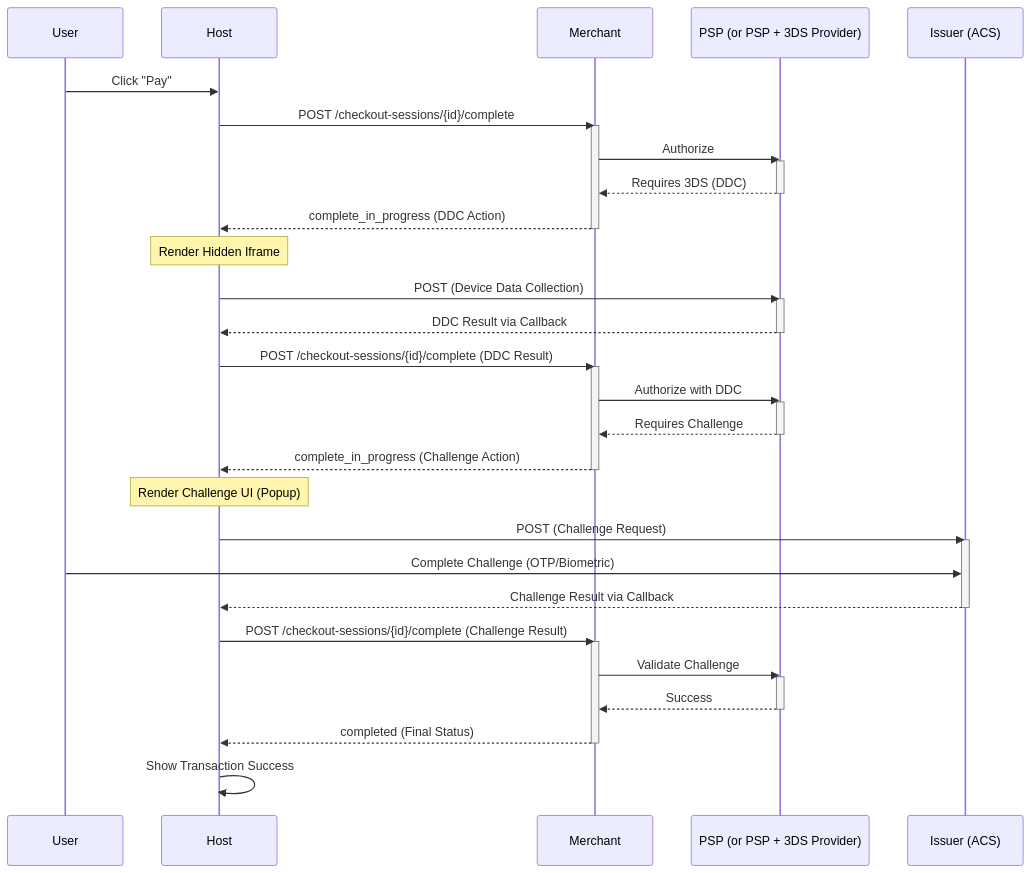
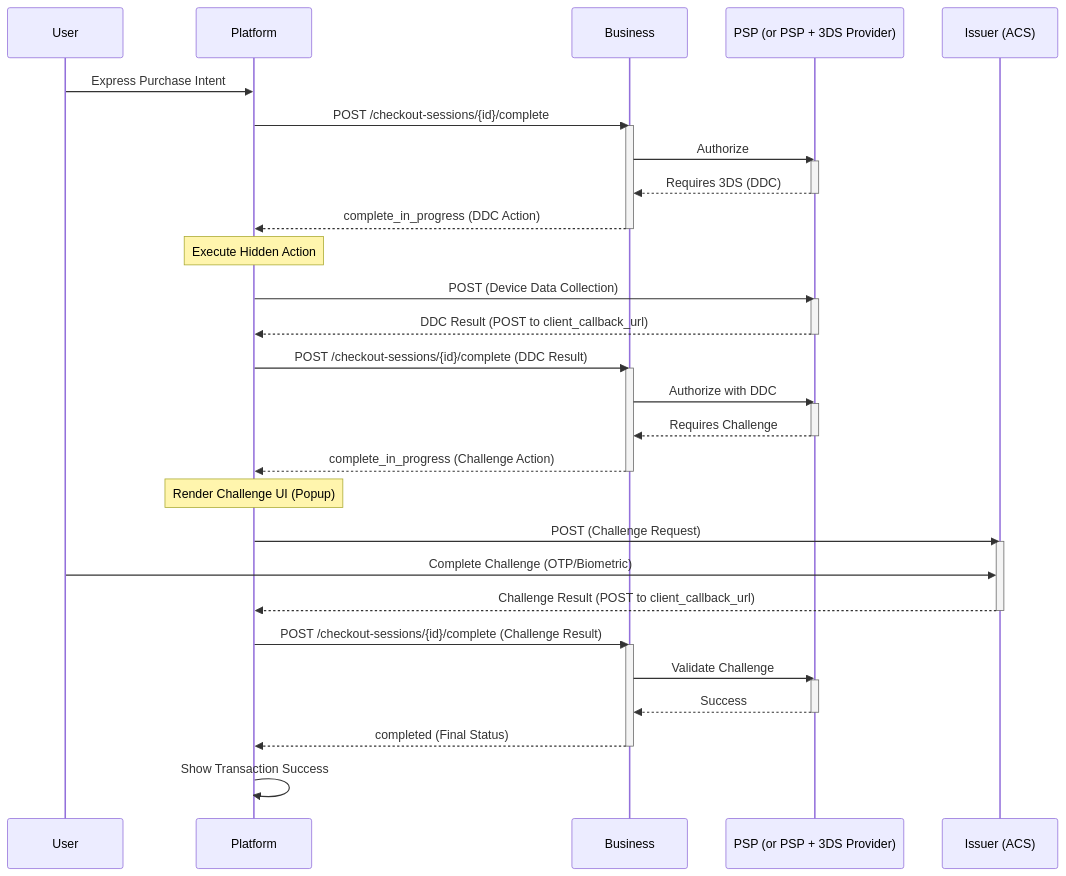
One commit to Universal-Commerce-Protocol/ucp changed the diagram in docs/specification/checkout-3ds2-guide.md. Above: the diagram before and after it, drawn with Mermaid. The commit also changed other lines of this file and 5 other files, not shown here.

Commit message:
feat(3ds2): update schemas and guide per review comments on PR #421

````diff
--- a/docs/specification/checkout-3ds2-guide.md
+++ b/docs/specification/checkout-3ds2-guide.md
@@ -18,50 +18,50 @@
 ```mermaid
 sequenceDiagram
     participant User
-    participant Host
-    participant Merchant
+    participant Platform
+    participant Business
     participant PSP as PSP (or PSP + 3DS Provider)
     participant Issuer as Issuer (ACS)
     
-    User->>Host: Click "Pay"
-    Host->>Merchant: POST /checkout-sessions/{id}/complete
-    activate Merchant
-    Merchant->>PSP: Authorize
+    User->>Platform: Express Purchase Intent
+    Platform->>Business: POST /checkout-sessions/{id}/complete
+    activate Business
+    Business->>PSP: Authorize
     activate PSP
-    PSP-->>Merchant: Requires 3DS (DDC)
+    PSP-->>Business: Requires 3DS (DDC)
     deactivate PSP
-    Merchant-->>Host: complete_in_progress (DDC Action)
-    deactivate Merchant
+    Business-->>Platform: complete_in_progress (DDC Action)
+    deactivate Business
     
-    Note over Host: Render Hidden Iframe
-    Host->>PSP: POST (Device Data Collection)
+    Note over Platform: Execute Hidden Action
+    Platform->>PSP: POST (Device Data Collection)
     activate PSP
-    PSP-->>Host: DDC Result via Callback
+    PSP-->>Platform: DDC Result (POST to client_callback_url)
     deactivate PSP
     
-    Host->>Merchant: POST /checkout-sessions/{id}/complete (DDC Result)
-    activate Merchant
-    Merchant->>PSP: Authorize with DDC
+    Platform->>Business: POST /checkout-sessions/{id}/complete (DDC Result)
+    activate Business
+    Business->>PSP: Authorize with DDC
     activate PSP
-    PSP-->>Merchant: Requires Challenge
+    PSP-->>Business: Requires Challenge
     deactivate PSP
-    Merchant-->>Host: complete_in_progress (Challenge Action)
-    deactivate Merchant
+    Business-->>Platform: complete_in_progress (Challenge Action)
+    deactivate Business
     
-    Note over Host: Render Challenge UI (Popup)
-    Host->>Issuer: POST (Challenge Request)
+    Note over Platform: Render Challenge UI (Popup)
+    Platform->>Issuer: POST (Challenge Request)
     activate Issuer
     User->>Issuer: Complete Challenge (OTP/Biometric)
-    Issuer-->>Host: Challenge Result via Callback
+    Issuer-->>Platform: Challenge Result (POST to client_callback_url)
     deactivate Issuer
     
-    Host->>Merchant: POST /checkout-sessions/{id}/complete (Challenge Result)
-    activate Merchant
-    Merchant->>PSP: Validate Challenge
+    Platform->>Business: POST /checkout-sessions/{id}/complete (Challenge Result)
+    activate Business
+    Business->>PSP: Validate Challenge
     activate PSP
-    PSP-->>Merchant: Success
+    PSP-->>Business: Success
     deactivate PSP
-    Merchant-->>Host: completed (Final Status)
-    deactivate Merchant
-    Host->>Host: Show Transaction Success
+    Business-->>Platform: completed (Final Status)
+    deactivate Business
+    Platform->>Platform: Show Transaction Success
 ```
````
